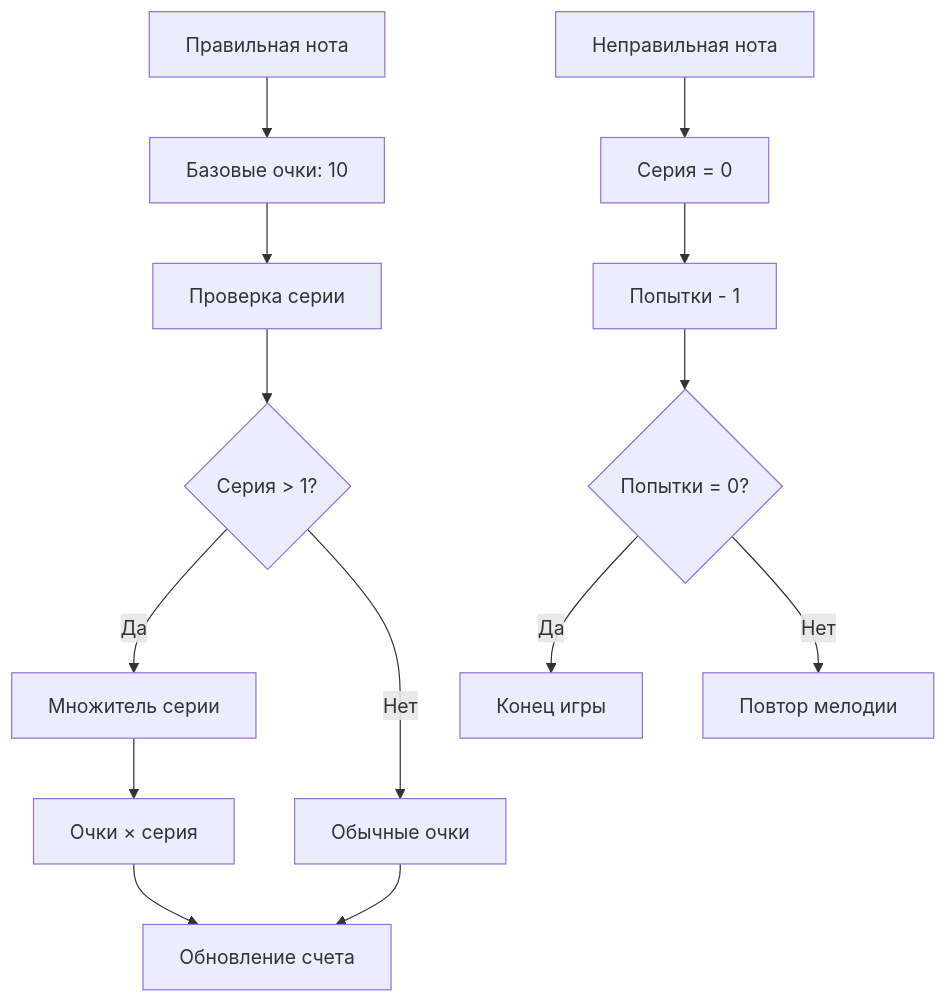
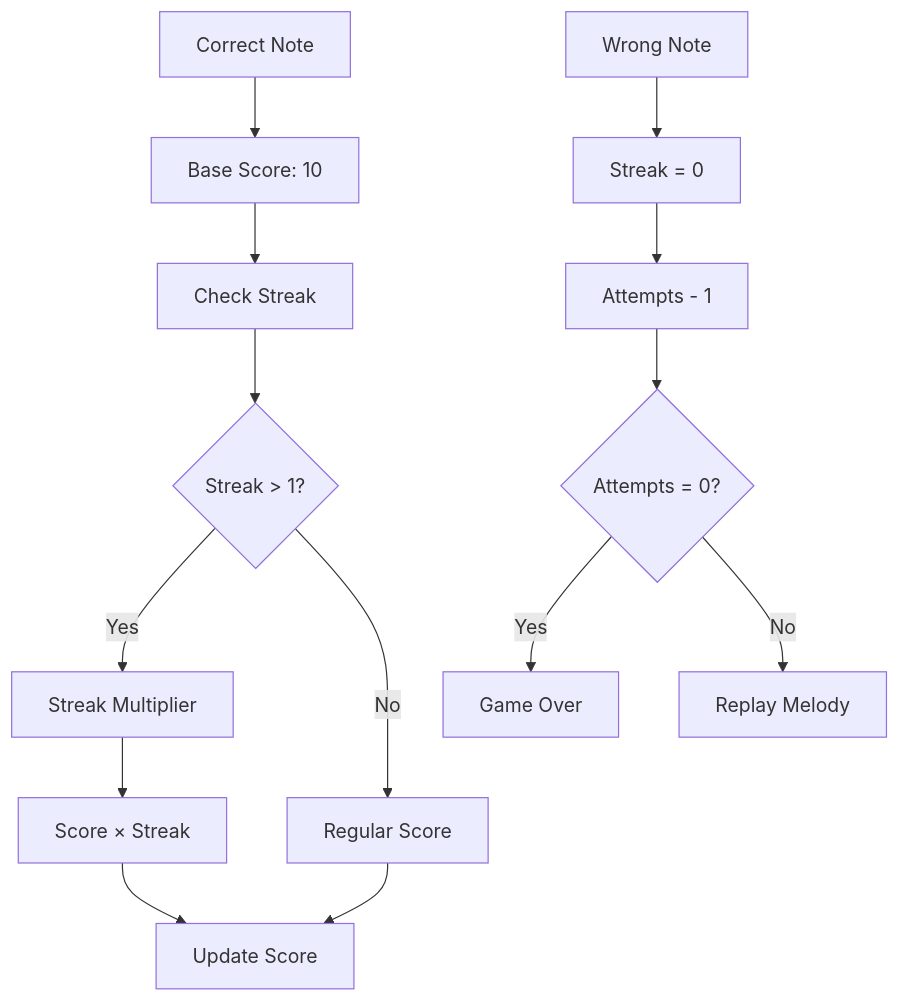
Before and after one commit to dsigitovich/ear-warrior: the sixth of 7 diagrams in DOCUMENTATION.md, drawn with Mermaid. The commit also changed other lines of this file, not shown here.

````diff
--- a/DOCUMENTATION.md
+++ b/DOCUMENTATION.md
@@ -197,17 +197,17 @@
 ```mermaid
 graph TB
-    A[Правильная нота] --> B[Базовые очки: 10]
-    B --> C[Проверка серии]
-    C --> D{Серия > 1?}
-    D -->|Да| E[Множитель серии]
-    D -->|Нет| F[Обычные очки]
-    E --> G[Очки × серия]
-    G --> H[Обновление счета]
+    A[Correct Note] --> B[Base Score: 10]
+    B --> C[Check Streak]
+    C --> D{Streak > 1?}
+    D -->|Yes| E[Streak Multiplier]
+    D -->|No| F[Regular Score]
+    E --> G[Score × Streak]
+    G --> H[Update Score]
     F --> H
     
-    I[Неправильная нота] --> J[Серия = 0]
-    J --> K[Попытки - 1]
-    K --> L{Попытки = 0?}
-    L -->|Да| M[Конец игры]
-    L -->|Нет| N[Повтор мелодии]
+    I[Wrong Note] --> J[Streak = 0]
+    J --> K[Attempts - 1]
+    K --> L{Attempts = 0?}
+    L -->|Yes| M[Game Over]
+    L -->|No| N[Replay Melody]
 ```
````
